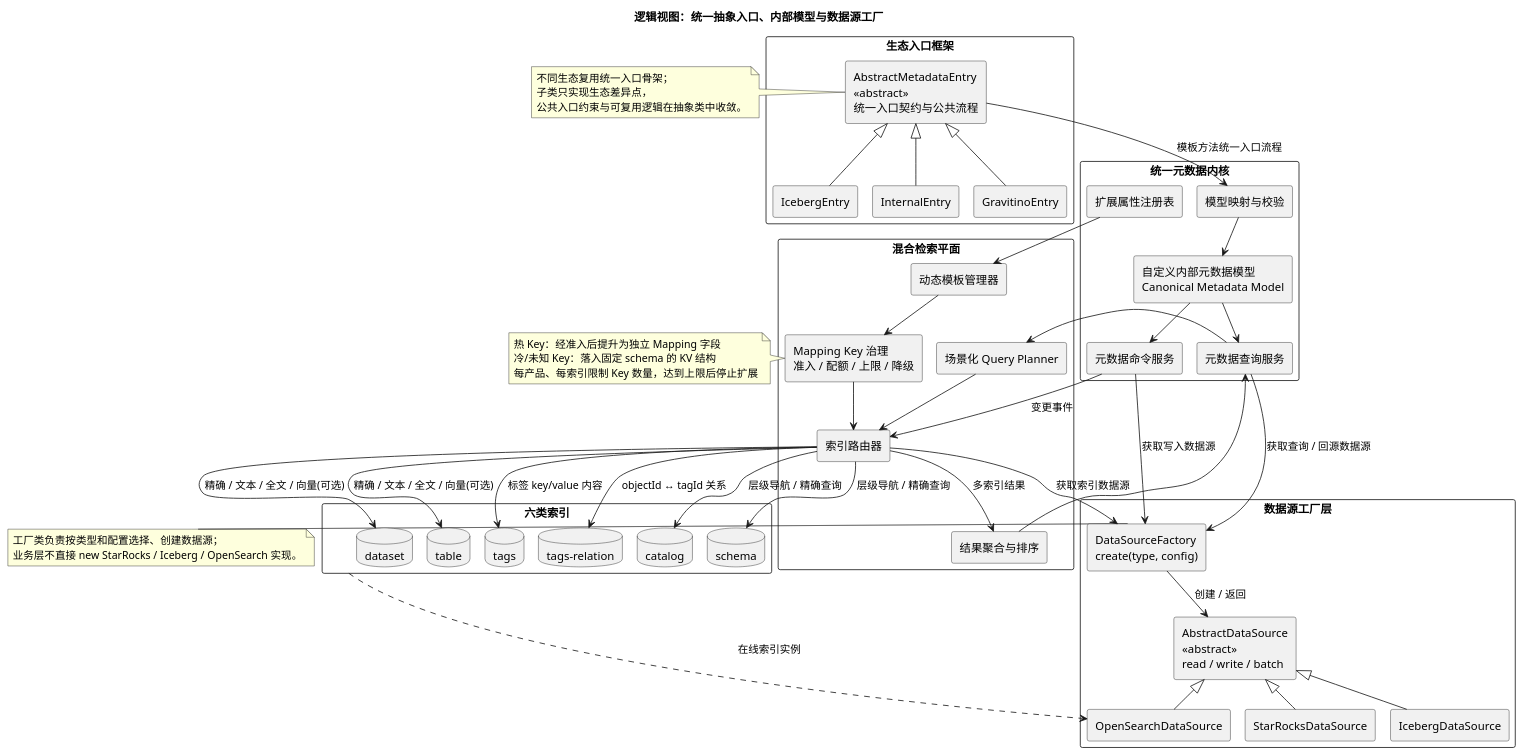
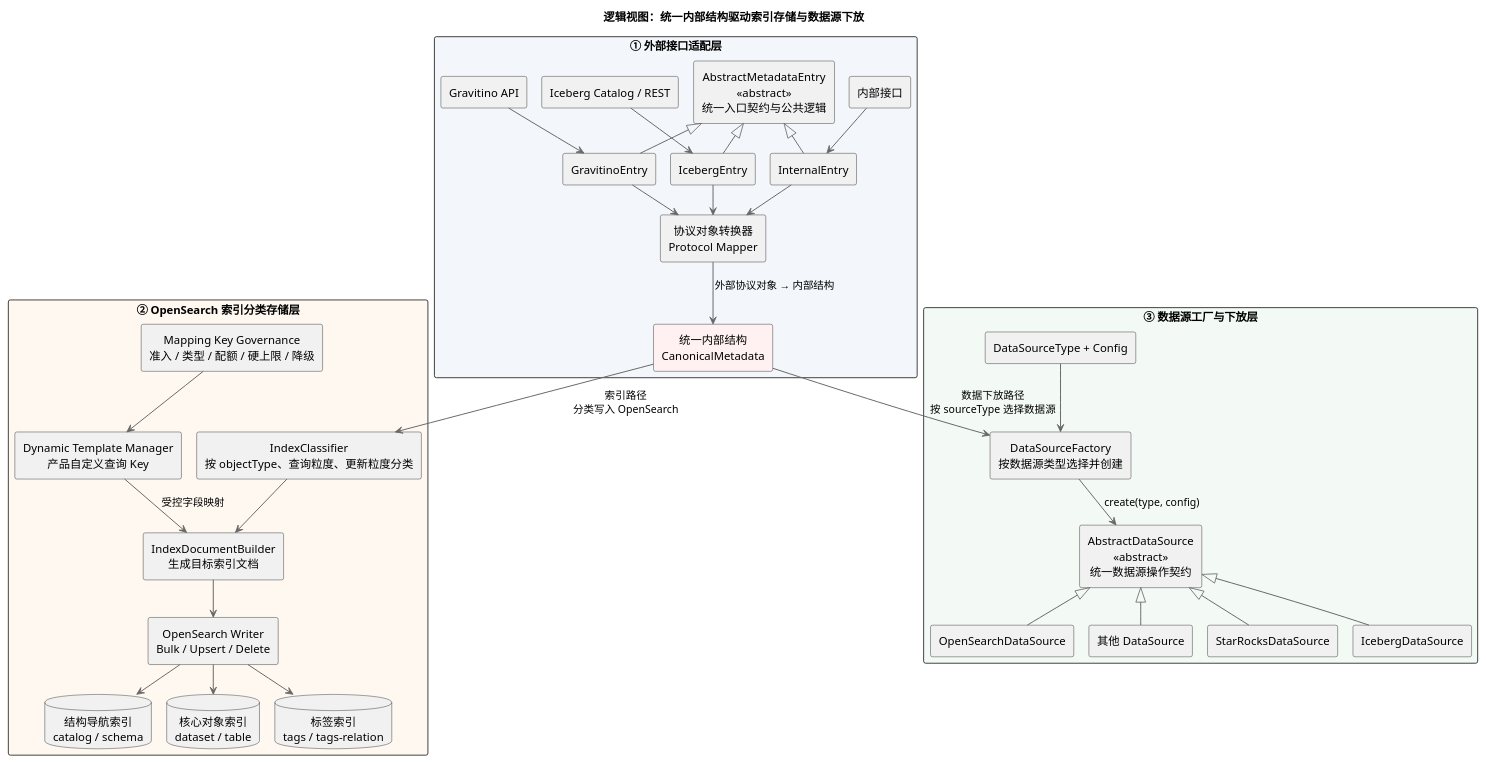
The diagram in docs/metadata-architecture-4plus1/diagrams/02-logical-view.puml (jingwang-0415/codex), drawn with PlantUML before and after one commit. The commit also changed 1 other file, not shown here.

Commit message:
Clarify three-layer metadata logical view

```diff
--- a/docs/metadata-architecture-4plus1/diagrams/02-logical-view.puml
+++ b/docs/metadata-architecture-4plus1/diagrams/02-logical-view.puml
@@ -1,105 +1,92 @@
 @startuml
 !pragma layout smetana
-title 逻辑视图：统一抽象入口、内部模型与数据源工厂
+title 逻辑视图：统一内部结构驱动索引存储与数据源下放
 
 top to bottom direction
 skinparam shadowing false
 skinparam packageStyle rectangle
 skinparam componentStyle rectangle
+skinparam defaultTextAlignment center
+skinparam ArrowColor #666666
+skinparam ArrowThickness 1.2
 
-package "生态入口框架" {
-  component "AbstractMetadataEntry\n<<abstract>>\n统一入口契约与公共流程" as abstractEntry
-  component "GravitinoEntry" as gravEntry
-  component "IcebergEntry" as iceEntry
-  component "InternalEntry" as intEntry
+package "① 外部接口适配层" as layer1 #F3F6FA {
+  together {
+    component "Gravitino API" as gravApi
+    component "Iceberg Catalog / REST" as iceApi
+    component "内部接口" as internalApi
+  }
+
+  component "AbstractMetadataEntry\n<<abstract>>\n统一入口契约与公共逻辑" as abstractEntry
+
+  together {
+    component "GravitinoEntry" as gravEntry
+    component "IcebergEntry" as iceEntry
+    component "InternalEntry" as internalEntry
+  }
+
+  component "协议对象转换器\nProtocol Mapper" as protocolMapper
+  component "统一内部结构\nCanonicalMetadata" as canonical #FFF1F1
+
+  gravApi --> gravEntry
+  iceApi --> iceEntry
+  internalApi --> internalEntry
+
   abstractEntry <|-- gravEntry
   abstractEntry <|-- iceEntry
-  abstractEntry <|-- intEntry
+  abstractEntry <|-- internalEntry
+
+  gravEntry --> protocolMapper
+  iceEntry --> protocolMapper
+  internalEntry --> protocolMapper
+  protocolMapper --> canonical : 外部协议对象 → 内部结构
 }
 
-package "统一元数据内核" {
-  [模型映射与校验] as mapper
-  [自定义内部元数据模型\nCanonical Metadata Model] as model
-  [元数据命令服务] as command
-  [元数据查询服务] as query
-  [扩展属性注册表] as attrRegistry
+package "② OpenSearch 索引分类存储层" as layer2 #FFF8F0 {
+  component "IndexClassifier\n按 objectType、查询粒度、更新粒度分类" as classifier
+  component "IndexDocumentBuilder\n生成目标索引文档" as docBuilder
+  component "OpenSearch Writer\nBulk / Upsert / Delete" as osWriter
+
+  component "Dynamic Template Manager\n产品自定义查询 Key" as templateManager
+  component "Mapping Key Governance\n准入 / 类型 / 配额 / 硬上限 / 降级" as mappingGov
+
+  together {
+    database "结构导航索引\ncatalog / schema" as navIndexes
+    database "核心对象索引\ndataset / table" as coreIndexes
+    database "标签索引\ntags / tags-relation" as tagIndexes
+  }
+
+  classifier --> docBuilder
+  mappingGov --> templateManager
+  templateManager --> docBuilder : 受控字段映射
+  docBuilder --> osWriter
+  osWriter --> navIndexes
+  osWriter --> coreIndexes
+  osWriter --> tagIndexes
 }
 
-package "混合检索平面" {
-  [场景化 Query Planner] as planner
-  [索引路由器] as indexRouter
-  [动态模板管理器] as templateMgr
-  [Mapping Key 治理\n准入 / 配额 / 上限 / 降级] as mappingGov
-  [结果聚合与排序] as merger
+package "③ 数据源工厂与下放层" as layer3 #F3FAF5 {
+  component "DataSourceType + Config" as sourceConfig
+  component "DataSourceFactory\n按数据源类型选择并创建" as factory
+  component "AbstractDataSource\n<<abstract>>\n统一数据源操作契约" as abstractDS
+
+  together {
+    component "StarRocksDataSource" as sr
+    component "IcebergDataSource" as iceberg
+    component "OpenSearchDataSource" as opensearch
+    component "其他 DataSource" as extension
+  }
+
+  sourceConfig --> factory
+  factory --> abstractDS : create(type, config)
+  abstractDS <|-- sr
+  abstractDS <|-- iceberg
+  abstractDS <|-- opensearch
+  abstractDS <|-- extension
 }
 
-package "六类索引" as sixIndexes {
-  database "catalog" as catalogIdx
-  database "schema" as schemaIdx
-  database "dataset" as datasetIdx
-  database "table" as tableIdx
-  database "tags" as tagsIdx
-  database "tags-relation" as relationIdx
-  catalogIdx -[hidden]right- schemaIdx
-  schemaIdx -[hidden]right- datasetIdx
-  datasetIdx -[hidden]right- tableIdx
-  tableIdx -[hidden]right- tagsIdx
-  tagsIdx -[hidden]right- relationIdx
-}
+layer2 -[hidden]right- layer3
 
-package "数据源工厂层" {
-  component "DataSourceFactory\ncreate(type, config)" as dsFactory
-  component "AbstractDataSource\n<<abstract>>\nread / write / batch" as abstractDS
-  component "StarRocksDataSource" as sr
-  component "IcebergDataSource" as ib
-  component "OpenSearchDataSource" as os
-
-  dsFactory --> abstractDS : 创建 / 返回
-  abstractDS <|-- sr
-  abstractDS <|-- ib
-  abstractDS <|-- os
-}
-
-abstractEntry --> mapper : 模板方法统一入口流程
-mapper --> model
-model --> command
-model --> query
-command --> indexRouter : 变更事件
-query --> planner
-planner --> indexRouter
-indexRouter --> merger : 多索引结果
-merger --> query
-
-attrRegistry --> templateMgr
-templateMgr --> mappingGov
-mappingGov --> indexRouter
-
-indexRouter --> catalogIdx : 层级导航 / 精确查询
-indexRouter --> schemaIdx : 层级导航 / 精确查询
-indexRouter --> datasetIdx : 精确 / 文本 / 全文 / 向量(可选)
-indexRouter --> tableIdx : 精确 / 文本 / 全文 / 向量(可选)
-indexRouter --> tagsIdx : 标签 key/value 内容
-indexRouter --> relationIdx : objectId ↔ tagId 关系
-
-command --> dsFactory : 获取写入数据源
-query --> dsFactory : 获取查询 / 回源数据源
-indexRouter --> dsFactory : 获取索引数据源
-sixIndexes ..> os : 在线索引实例
-
-note left of abstractEntry
-不同生态复用统一入口骨架；
-子类只实现生态差异点，
-公共入口约束与可复用逻辑在抽象类中收敛。
-end note
-
-note right of dsFactory
-工厂类负责按类型和配置选择、创建数据源；
-业务层不直接 new StarRocks / Iceberg / OpenSearch 实现。
-end note
-
-note right of mappingGov
-热 Key：经准入后提升为独立 Mapping 字段
-冷/未知 Key：落入固定 schema 的 KV 结构
-每产品、每索引限制 Key 数量，达到上限后停止扩展
-end note
+canonical --> classifier : 索引路径\n分类写入 OpenSearch
+canonical --> factory : 数据下放路径\n按 sourceType 选择数据源
 @enduml
```
